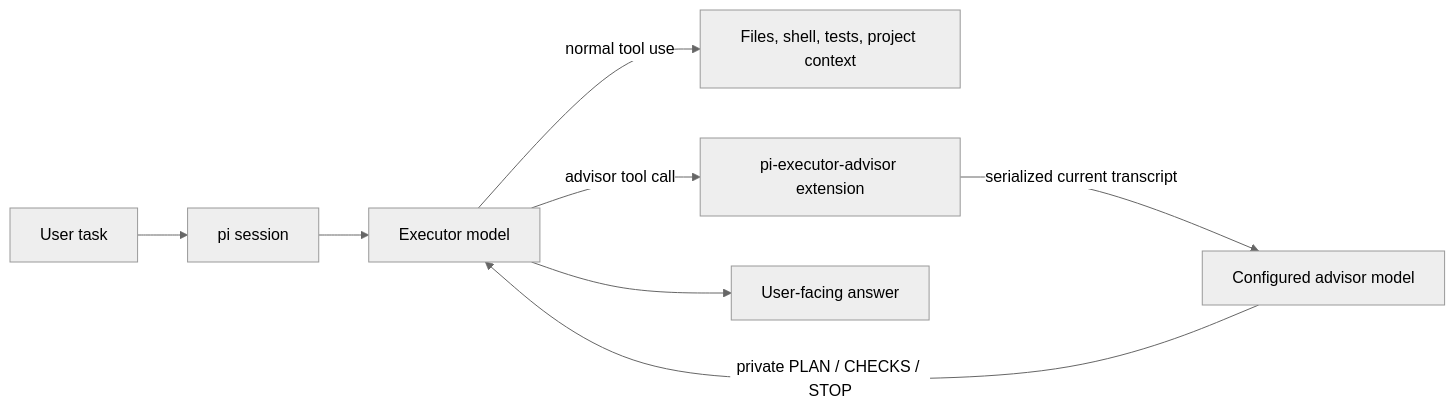
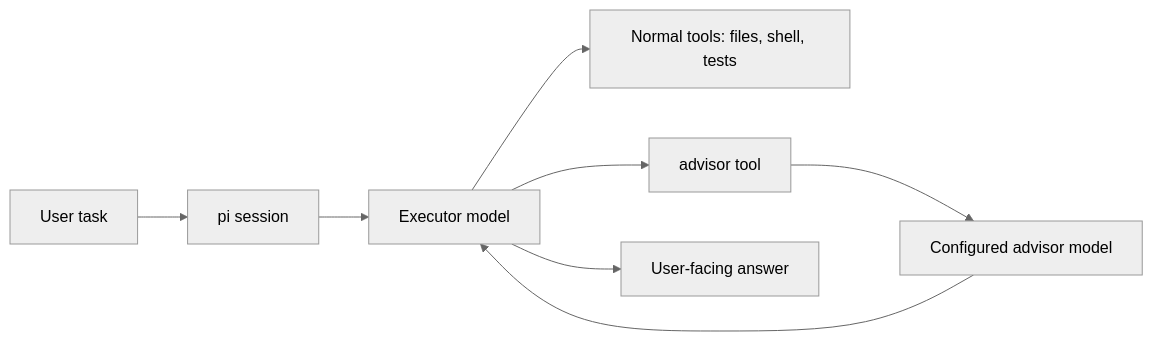
The diagram in README.md (rbgit/pi-executor-advisor), drawn with Mermaid (neutral theme) before and after one commit.

Commit message:
docs: fix README mermaid diagram

````diff
--- a/README.md
+++ b/README.md
@@ -7,10 +7,10 @@
 ```mermaid
 flowchart LR
-  U[User task] --> P[pi session]
-  P --> E[Executor model]
-  E -->|normal tool use| T[Files, shell, tests, project context]
-  E -->|advisor tool call| X[pi-executor-advisor extension]
-  X -->|serialized current transcript| A[Configured advisor model]
-  A -->|private PLAN / CHECKS / STOP| E
-  E --> R[User-facing answer]
+  U["User task"] --> P["pi session"]
+  P --> E["Executor model"]
+  E --> T["Normal tools: files, shell, tests"]
+  E --> X["advisor tool"]
+  X --> A["Configured advisor model"]
+  A --> E
+  E --> R["User-facing answer"]
 ```
````
